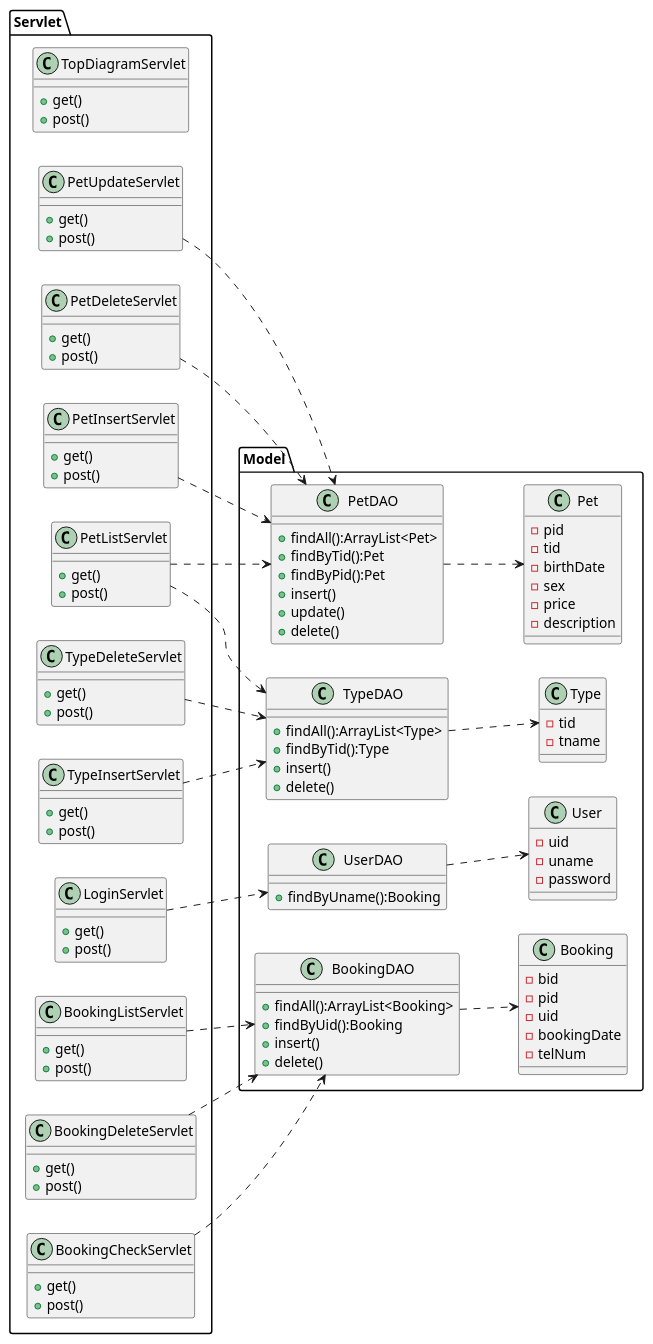
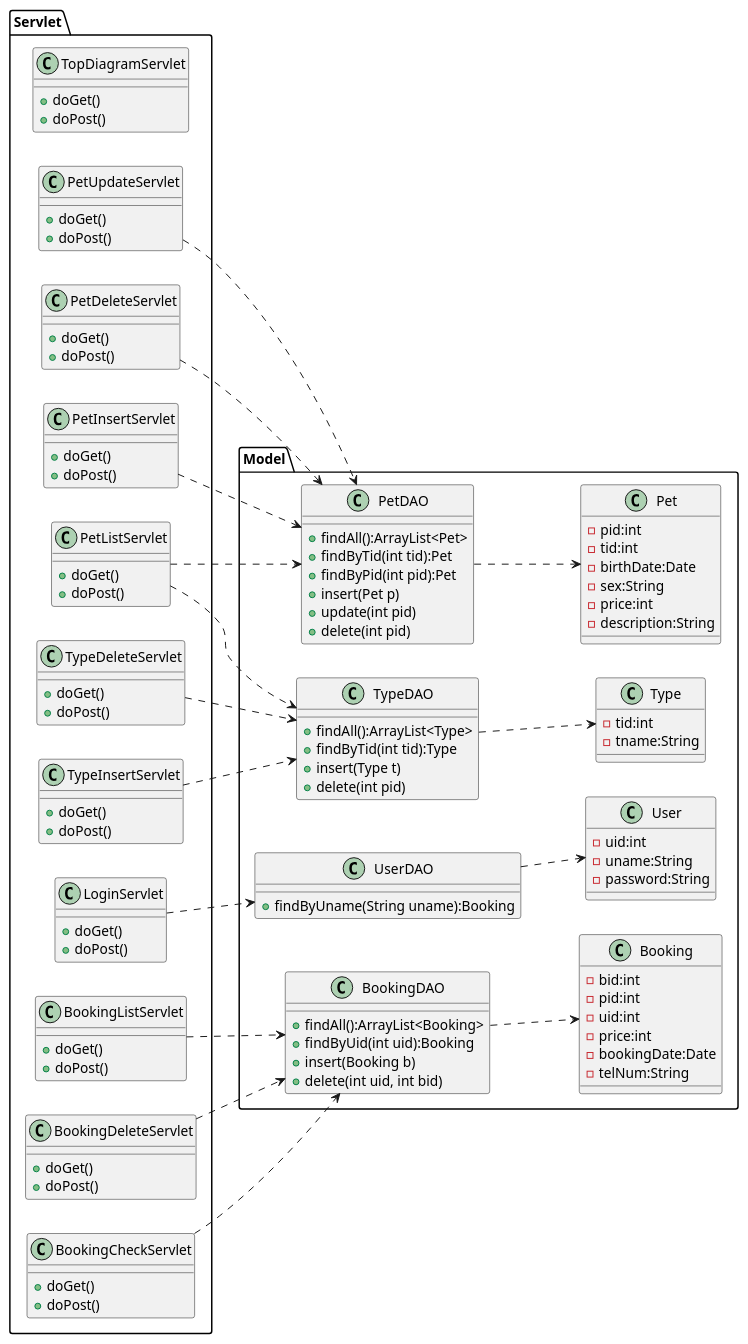
Before and after one commit to Tyamanaka07/WebSystem: the diagram in detail.uml/class.pu, drawn with PlantUML. The commit also changed 3 other files, not shown here.

```diff
--- a/detail.uml/class.pu
+++ b/detail.uml/class.pu
@@ -1,135 +1,136 @@
 @startuml
 left to right direction
 
 package Model{
 	class Pet{
-		-pid
-		-tid
-		-birthDate
-		-sex
-		-price
-		-description
+		-pid:int
+		-tid:int
+		-birthDate:Date
+		-sex:String
+		-price:int
+		-description:String
 	}
 
 	class Type{
-		-tid
-		-tname
+		-tid:int
+		-tname:String
 	}
 
 	class User{
-		-uid
-		-uname
-		-password
+		-uid:int
+		-uname:String
+		-password:String
 	}
 
 	class Booking{
-		-bid
-		-pid
-		-uid
-		-bookingDate
-		-telNum
+		-bid:int
+		-pid:int
+		-uid:int
+		-price:int
+		-bookingDate:Date
+		-telNum:String
 	}
 
 	class PetDAO{
 		+findAll():ArrayList<Pet>
-		+findByTid():Pet
-		+findByPid():Pet
-		+insert()
-		+update()
-		+delete()
+		+findByTid(int tid):Pet
+		+findByPid(int pid):Pet
+		+insert(Pet p)
+		+update(int pid)
+		+delete(int pid)
 	}
 
 	class TypeDAO{
 		+findAll():ArrayList<Type>
-		+findByTid():Type
-		+insert()
-		+delete()
+		+findByTid(int tid):Type
+		+insert(Type t)
+		+delete(int pid)
 	}
 
 	class UserDAO{
-		+findByUname():Booking
+		+findByUname(String uname):Booking
 	}
 
 	class BookingDAO{
 		+findAll():ArrayList<Booking>
-		+findByUid():Booking
-		+insert()
-		+delete()
+		+findByUid(int uid):Booking
+		+insert(Booking b)
+		+delete(int uid, int bid)
 	}
 }
 
 package Servlet{
 	class TopDiagramServlet{
-		+get()
-		+post()
+		+doGet()
+		+doPost()
 	}
 
 	class PetListServlet{
-		+get()
-		+post()
+		+doGet()
+		+doPost()
 	}
 
 	class LoginServlet{
-		+get()
-		+post()
+		+doGet()
+		+doPost()
 	}
 
 	class PetInsertServlet{
-		+get()
-		+post()
+		+doGet()
+		+doPost()
 	}
 
 	class PetUpdateServlet{
-		+get()
-		+post()
+		+doGet()
+		+doPost()
 	}
 
 	class PetDeleteServlet{
-		+get()
-		+post()
+		+doGet()
+		+doPost()
 	}
 
 	class TypeInsertServlet{
-		+get()
-		+post()
+		+doGet()
+		+doPost()
 	}
 
 	class TypeDeleteServlet{
-		+get()
-		+post()
+		+doGet()
+		+doPost()
 	}
 
 	class BookingCheckServlet{
-		+get()
-		+post()
+		+doGet()
+		+doPost()
 	}
 
 	class BookingListServlet{
-		+get()
-		+post()
+		+doGet()
+		+doPost()
 	}
 
 	class BookingDeleteServlet{
-		+get()
-		+post()
+		+doGet()
+		+doPost()
 	}
 }
 
 
 PetListServlet..>TypeDAO
 TypeInsertServlet..>TypeDAO
 TypeDeleteServlet..>TypeDAO
 PetListServlet..>PetDAO
 PetInsertServlet..>PetDAO
 PetUpdateServlet..>PetDAO
 PetDeleteServlet..>PetDAO
 LoginServlet..>UserDAO
 BookingCheckServlet..>BookingDAO
 BookingListServlet..>BookingDAO
 BookingDeleteServlet..>BookingDAO
 
 BookingDAO..>Booking
 PetDAO..>Pet
 TypeDAO..>Type
 UserDAO..>User
 @enduml
```
